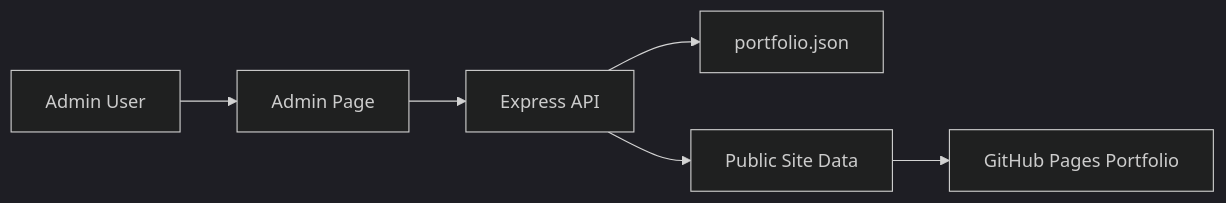
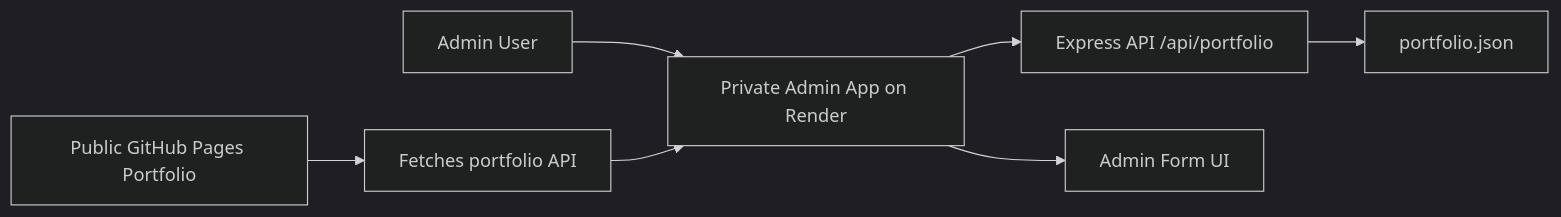
Before and after one commit to Amans-2201/Node-admin-app: the diagram in README.md, drawn with Mermaid (dark theme). The commit also changed other lines of this file and 1 other file, not shown here.

````diff
--- a/README.md
+++ b/README.md
@@ -51,8 +42,9 @@
 ```mermaid
 flowchart LR
-    G[Admin User] --> A[Admin Page]
-    A --> B[Express API]
+    U[Admin User] --> A[Private Admin App on Render]
+    A --> B[Express API /api/portfolio]
     B --> C[portfolio.json]
-    B --> D[Public Site Data]
-    D --> E[GitHub Pages Portfolio]
+    A --> D[Admin Form UI]
+    E[Public GitHub Pages Portfolio] --> F[Fetches portfolio API]
+    F --> A
 ```
````
